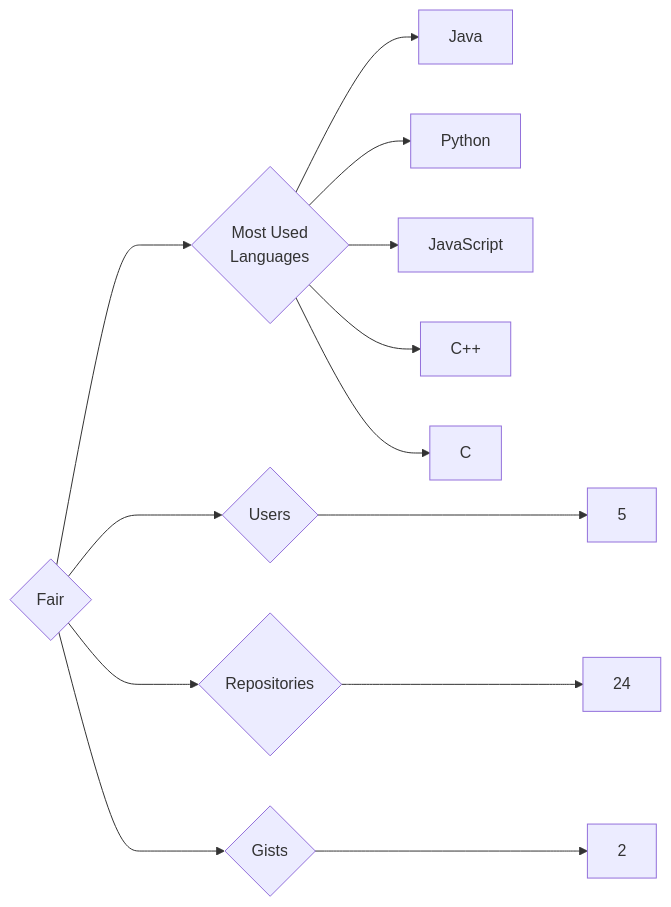
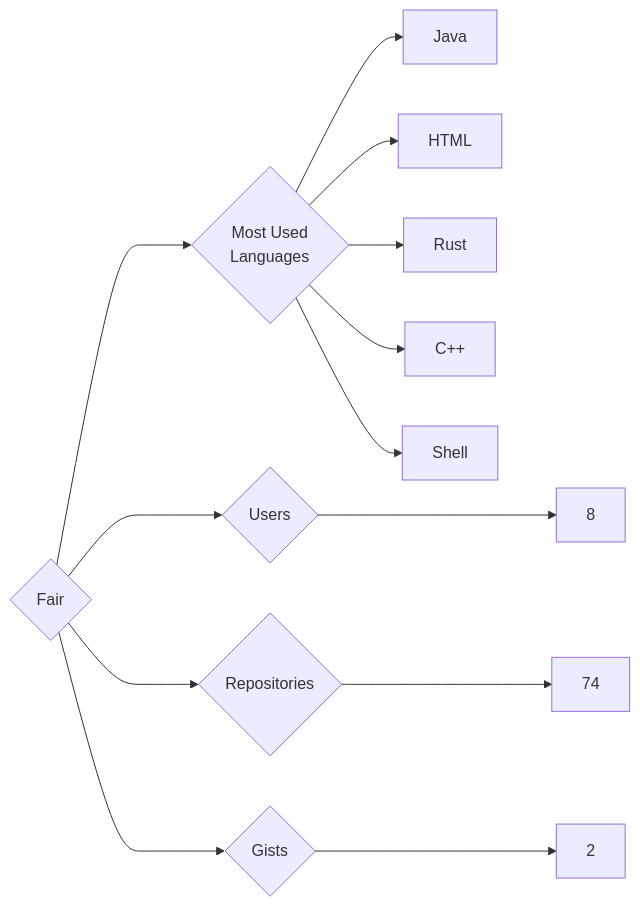
One commit to trickest/insiders changed the diagram in targets/Fair/README.md. Above: the diagram before and after it, drawn with Mermaid. The commit also changed 891 other files, not shown here.

````diff
--- a/targets/Fair/README.md
+++ b/targets/Fair/README.md
@@ -3,13 +3,13 @@
 ```mermaid
 graph LR
 COMPANY_NAME{Fair}
-COMPANY_NAME ---> U{Users} ---> UN[5]
-COMPANY_NAME ---> R{Repositories} ---> RN[24]
+COMPANY_NAME ---> U{Users} ---> UN[8]
+COMPANY_NAME ---> R{Repositories} ---> RN[74]
 COMPANY_NAME ---> G{Gists} ---> GN[2]
 COMPANY_NAME ---> ML{Most Used<br>Languages}
 ML --> Java[Java]
-ML --> Python[Python]
-ML --> JavaScript[JavaScript]
+ML --> HTML[HTML]
+ML --> Rust[Rust]
 ML --> C++[C++]
-ML --> C[C]
+ML --> Shell[Shell]
 ```
````
